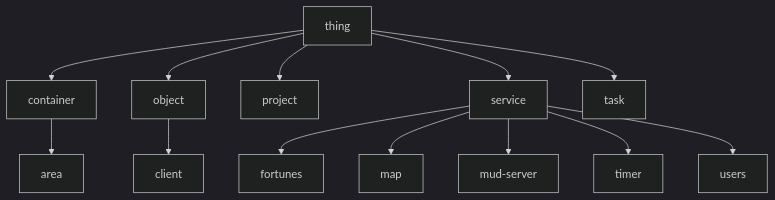
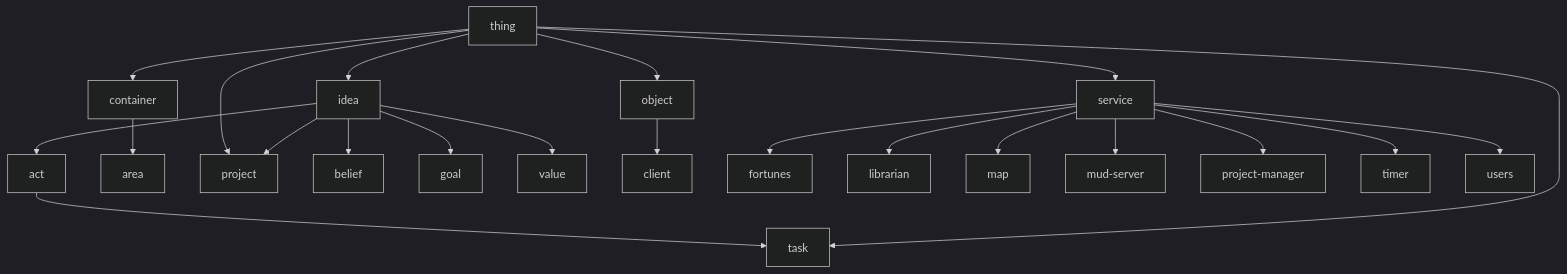
The diagram in README.md (gaz561/tab), drawn with Mermaid (dark theme) before and after one commit. The commit also changed other lines of this file and 3 other files, not shown here.

````diff
--- a/README.md
+++ b/README.md
@@ -95,16 +95,24 @@
 ```mermaid
 graph TD;
-  click thing "models/thing.fnl"
+  act --> task
+  container --> area
   thing --> container
+  thing --> idea
   thing --> object
   thing --> project
   thing --> service
   thing --> task
-  container --> area
+  idea --> belief
+  idea --> goal
+  idea --> act
+  idea --> project
+  idea --> value
   object --> client
   service --> fortunes
+  service --> librarian
   service --> map
   service --> mud-server
+  service --> project-manager
   service --> timer
   service --> users
 ```
````
